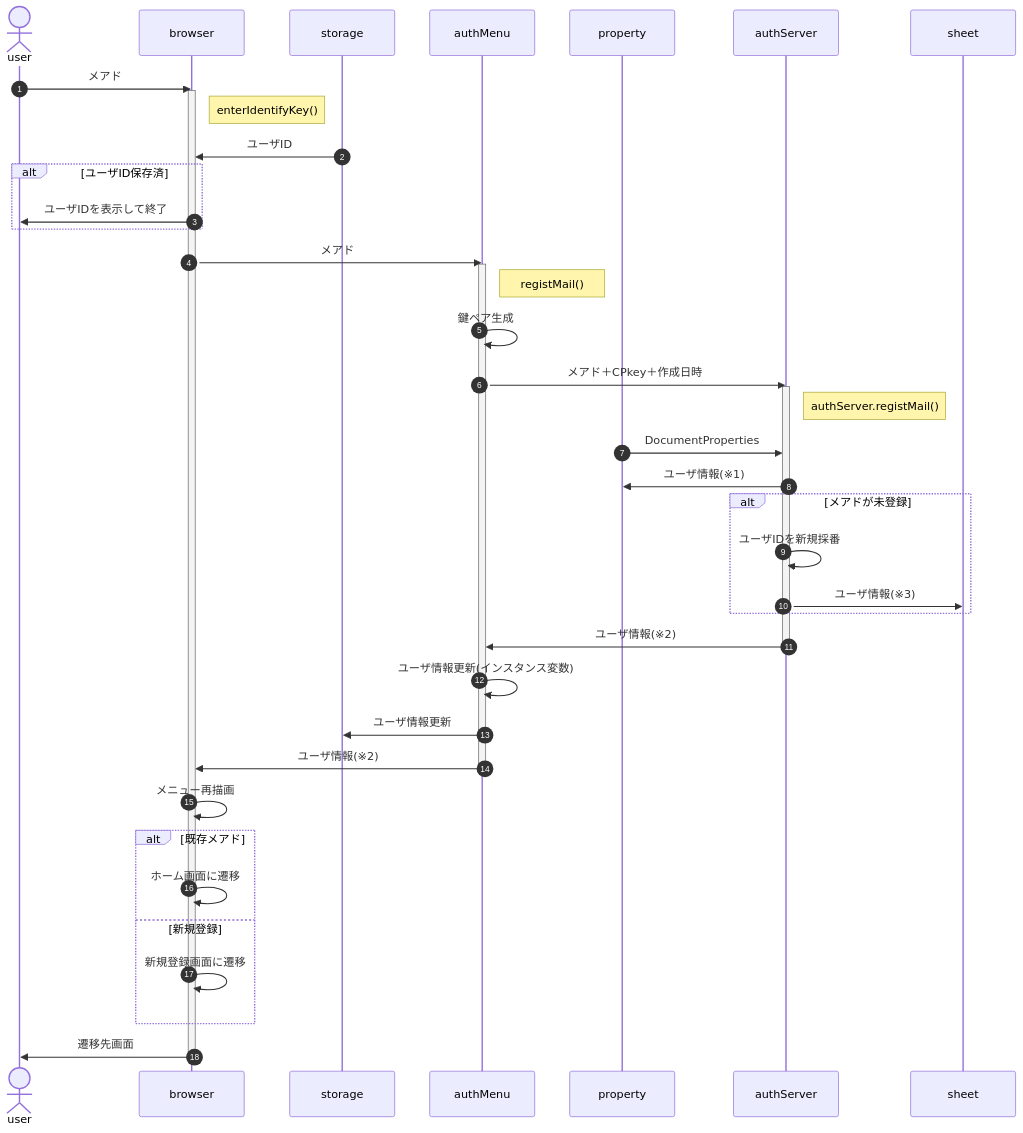
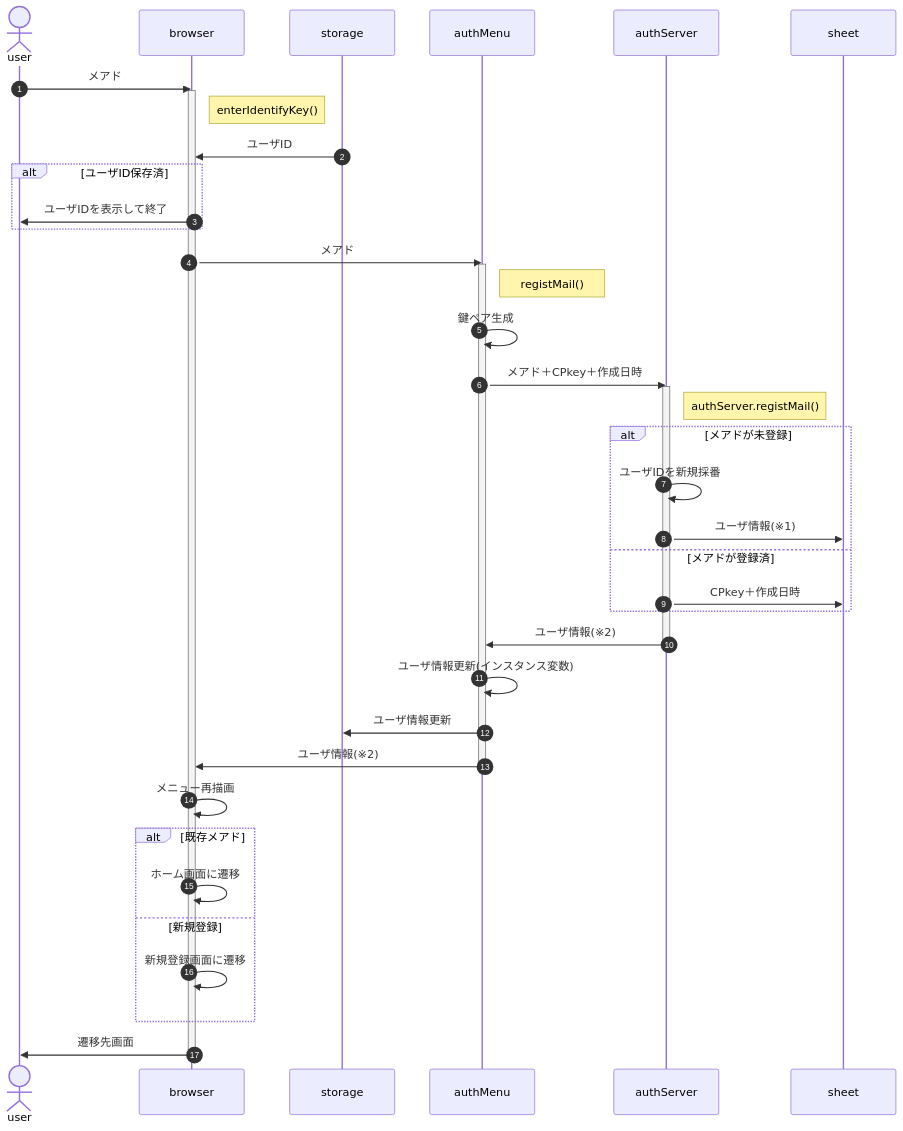
Before and after one commit to nakaone/library: the diagram in authMenu/1.0.0/doc/entry.md, drawn with Mermaid. The commit also changed other lines of this file and 1 other file, not shown here.

````diff
--- a/authMenu/1.0.0/doc/entry.md
+++ b/authMenu/1.0.0/doc/entry.md
@@ -5,47 +5,46 @@
 ```mermaid
 sequenceDiagram
   autonumber
   actor user
   participant browser
   participant storage
   participant client as authMenu
-  participant property
   participant server as authServer
   participant sheet
 
   user ->> browser : メアド
   activate browser
   Note right of browser : enterIdentifyKey()
   storage ->> browser : ユーザID
   alt ユーザID保存済
     browser ->> user : ユーザIDを表示して終了
   end
   browser ->> client : メアド
   activate client
   Note right of client : registMail()
   client ->> client : 鍵ペア生成
   client ->> server : メアド＋CPkey＋作成日時
   activate server
   Note right of server : authServer.registMail()
-  property ->> server : DocumentProperties
-  server ->> property : ユーザ情報(※1)
   alt メアドが未登録
     server ->> server : ユーザIDを新規採番
-    server ->> sheet : ユーザ情報(※3)
+    server ->> sheet : ユーザ情報(※1)
+  else メアドが登録済
+    server ->> sheet : CPkey＋作成日時
   end
   server ->> client : ユーザ情報(※2)
   deactivate server
 
   client ->> client : ユーザ情報更新(インスタンス変数)
   client ->> storage : ユーザ情報更新
   client ->> browser : ユーザ情報(※2)
   deactivate client
   browser ->> browser : メニュー再描画
   alt 既存メアド
     browser ->> browser : ホーム画面に遷移
   else 新規登録
     browser ->> browser : 新規登録画面に遷移
   end
   browser ->> user : 遷移先画面
   deactivate browser
 ```
````
